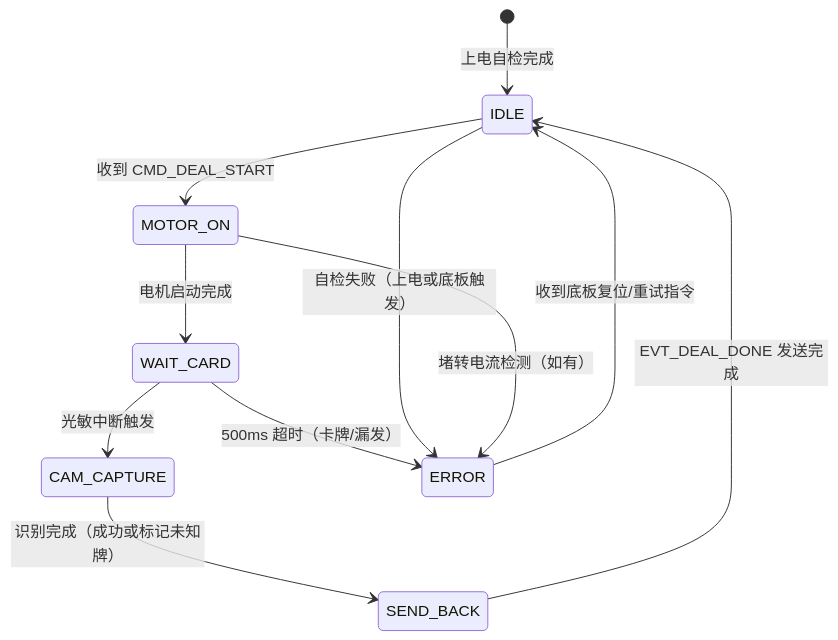
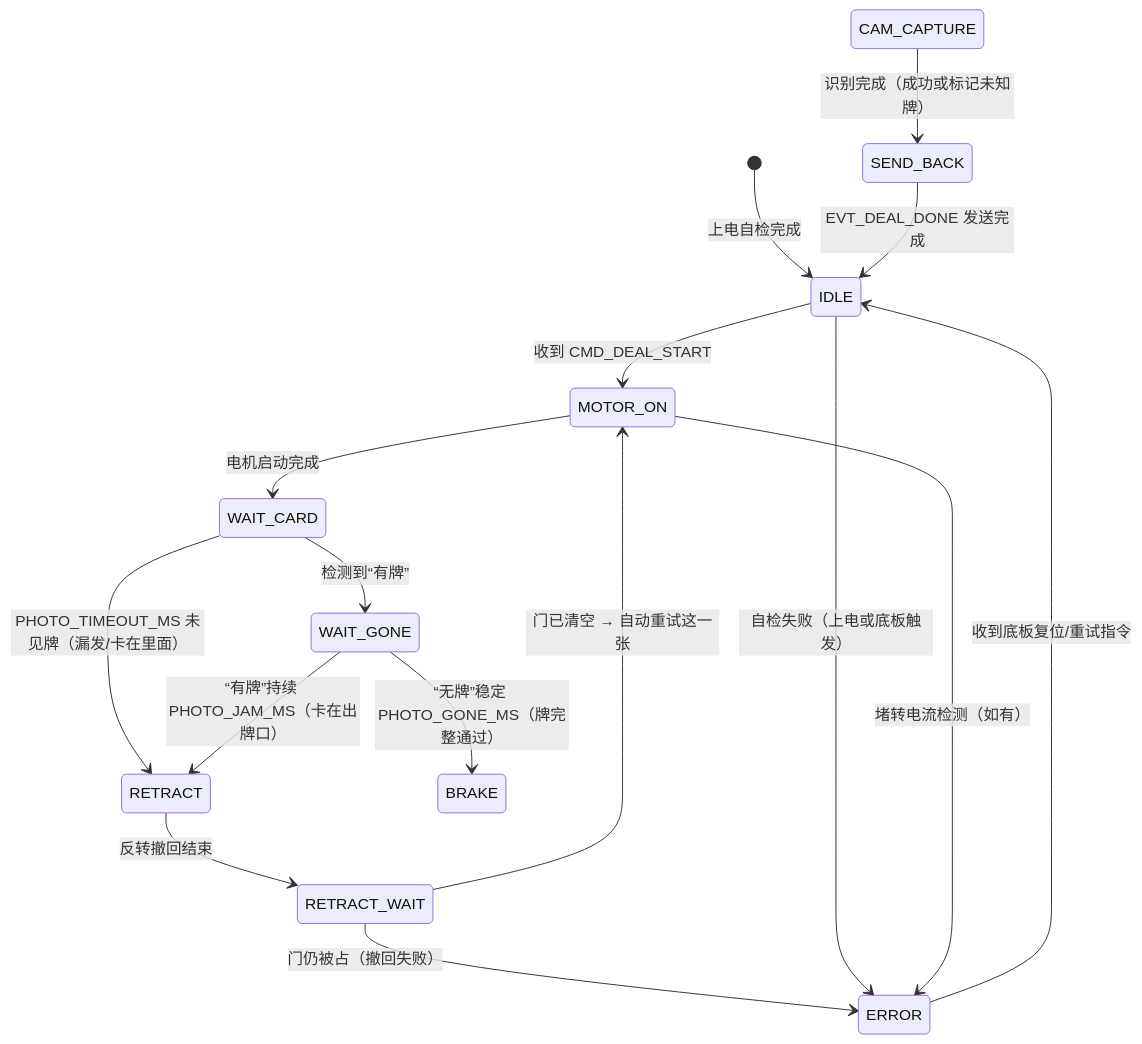
Before and after one commit to psh25/Poker: the diagram in docs/subboard_architecture.md, drawn with Mermaid. The commit also changed other lines of this file and 11 other files, not shown here.

````diff
--- a/docs/subboard_architecture.md
+++ b/docs/subboard_architecture.md
@@ -69,13 +74,18 @@
 ```mermaid
 stateDiagram-v2
     [*] --> IDLE : 上电自检完成
     IDLE --> MOTOR_ON : 收到 CMD_DEAL_START
     MOTOR_ON --> WAIT_CARD : 电机启动完成
-    WAIT_CARD --> CAM_CAPTURE : 光敏中断触发
-    WAIT_CARD --> ERROR : 500ms 超时（卡牌/漏发）
+    WAIT_CARD --> WAIT_GONE : 检测到“有牌”
+    WAIT_CARD --> RETRACT : PHOTO_TIMEOUT_MS 未见牌（漏发/卡在里面）
+    WAIT_GONE --> BRAKE : “无牌”稳定 PHOTO_GONE_MS（牌完整通过）
+    WAIT_GONE --> RETRACT : “有牌”持续 PHOTO_JAM_MS（卡在出牌口）
+    RETRACT --> RETRACT_WAIT : 反转撤回结束
+    RETRACT_WAIT --> MOTOR_ON : 门已清空 → 自动重试这一张
+    RETRACT_WAIT --> ERROR : 门仍被占（撤回失败）
     CAM_CAPTURE --> SEND_BACK : 识别完成（成功或标记未知牌）
     SEND_BACK --> IDLE : EVT_DEAL_DONE 发送完成
     IDLE --> ERROR : 自检失败（上电或底板触发）
     ERROR --> IDLE : 收到底板复位/重试指令
     MOTOR_ON --> ERROR : 堵转电流检测（如有）
 ```
````
